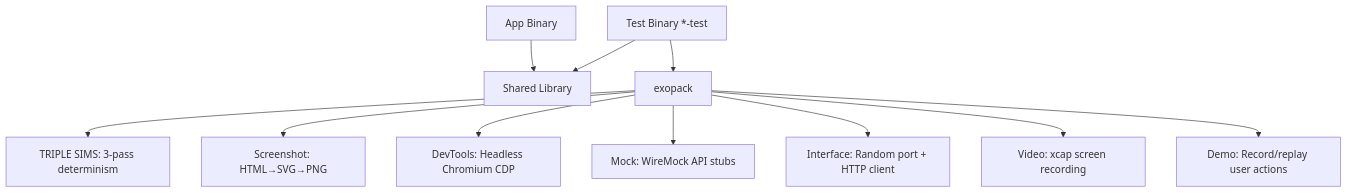
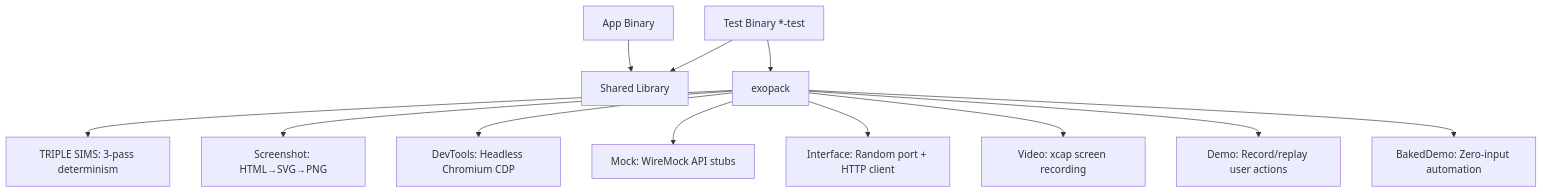
One commit to cochranblock/exopack changed the diagram in PROOF_OF_ARTIFACTS.md. Above: the diagram before and after it, drawn with Mermaid. The commit also changed other lines of this file and 2 other files, not shown here.

First line of the commit message:
docs: add baked_demo to diagrams, fix feature gate count, update lib.rs doc

````diff
--- a/PROOF_OF_ARTIFACTS.md
+++ b/PROOF_OF_ARTIFACTS.md
@@ -11,13 +11,14 @@
 ```mermaid
 flowchart TD
     App[App Binary] --> Core[Shared Library]
     Test[Test Binary *-test] --> Core
     Test --> Exopack[exopack]
     Exopack --> TripleSIMS[TRIPLE SIMS: 3-pass determinism]
     Exopack --> Screenshot[Screenshot: HTML→SVG→PNG]
     Exopack --> DevTools[DevTools: Headless Chromium CDP]
     Exopack --> Mock[Mock: WireMock API stubs]
     Exopack --> Interface[Interface: Random port + HTTP client]
     Exopack --> Video[Video: xcap screen recording]
     Exopack --> Demo[Demo: Record/replay user actions]
+    Exopack --> BakedDemo[BakedDemo: Zero-input automation]
 ```
````
